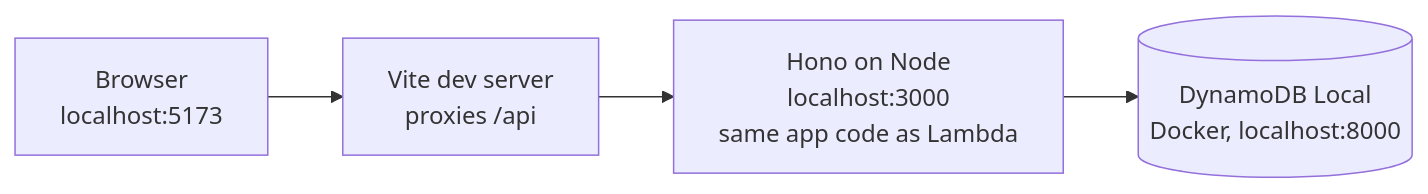
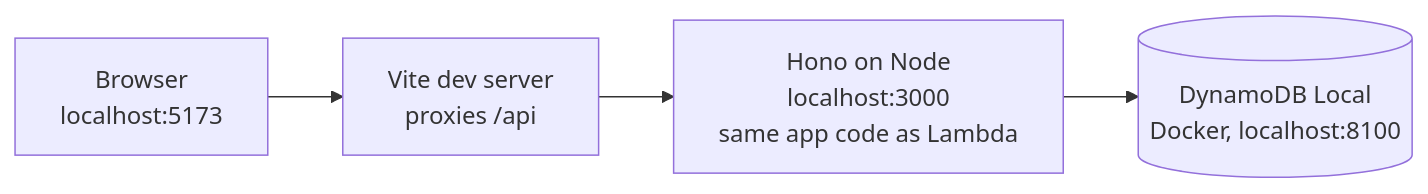
Before and after one commit to vinhngx25/asa-challenge: the second of 3 diagrams in docs/SYSTEM_DESIGN.md, drawn with Mermaid. The commit also changed other lines of this file and 17 other files, not shown here.

````diff
--- a/docs/SYSTEM_DESIGN.md
+++ b/docs/SYSTEM_DESIGN.md
@@ -43,6 +43,6 @@
 ```mermaid
 flowchart LR
   B["Browser<br/>localhost:5173"] --> V["Vite dev server<br/>proxies /api"]
   V --> N["Hono on Node<br/>localhost:3000<br/>same app code as Lambda"]
-  N --> D[("DynamoDB Local<br/>Docker, localhost:8000")]
+  N --> D[("DynamoDB Local<br/>Docker, localhost:8100")]
 ```
````
